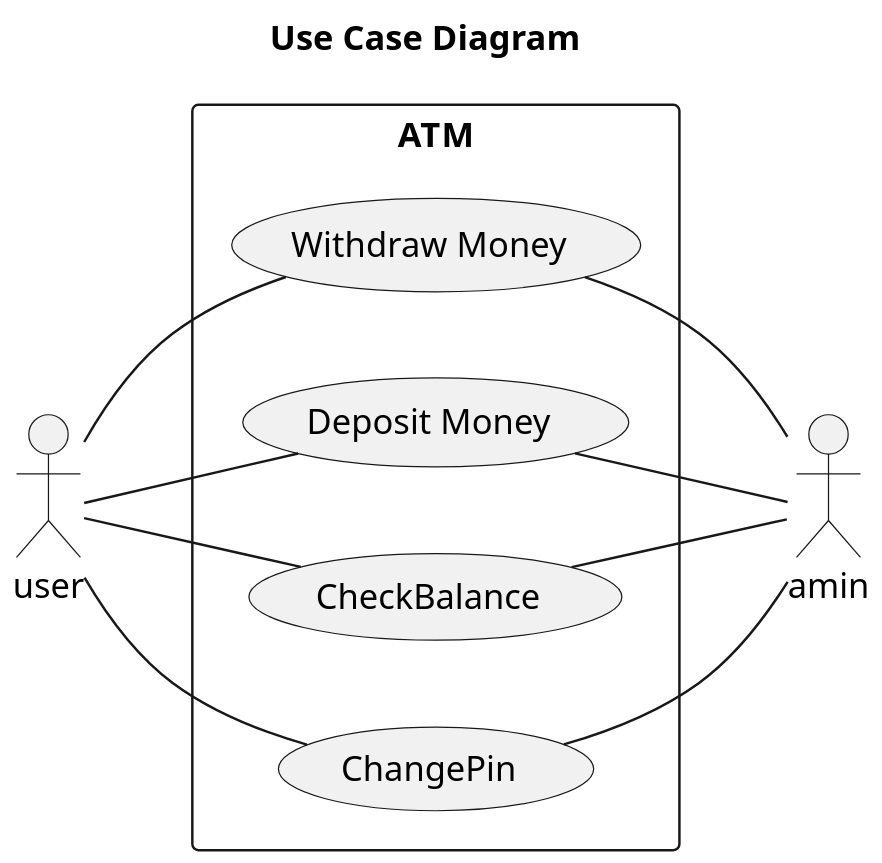
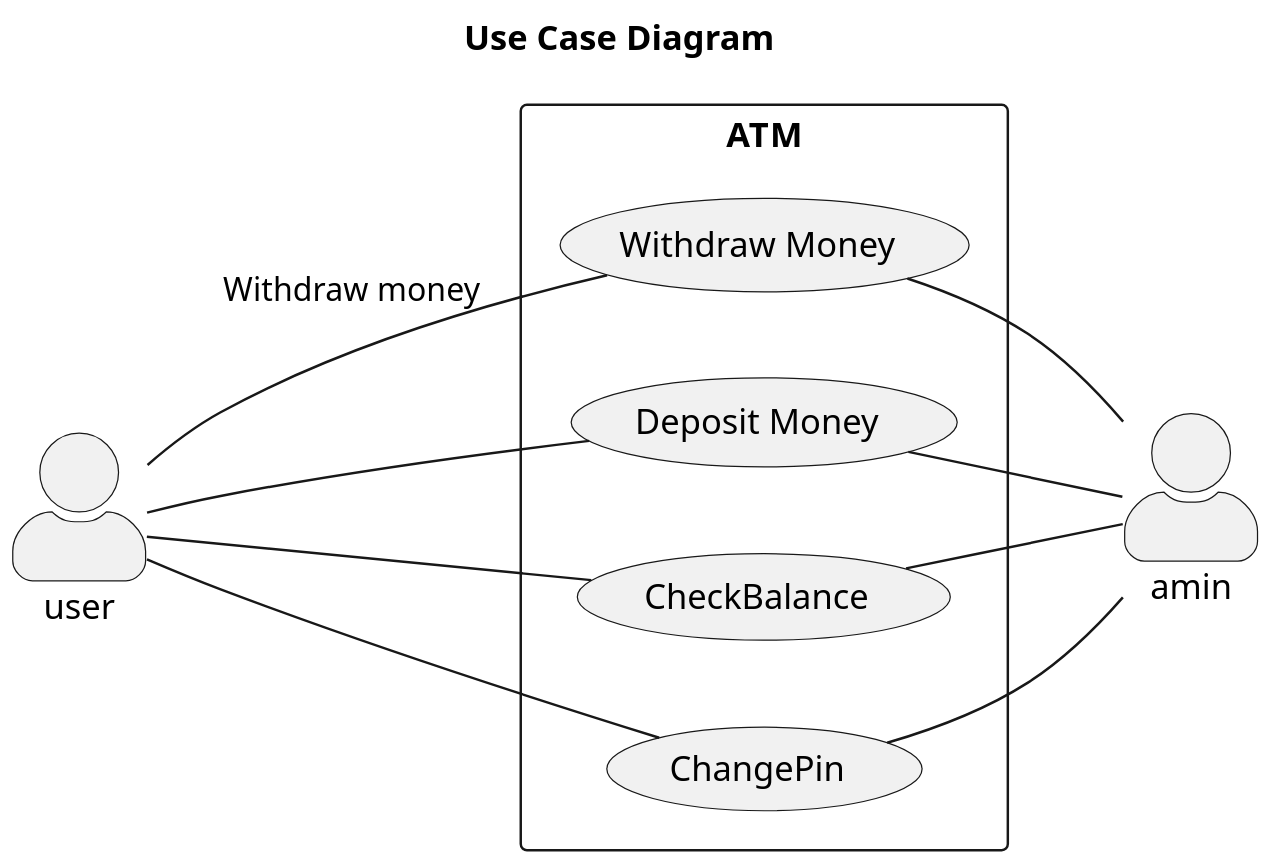
The diagram in useCaseATM.plantuml (JeevanJaison/PlantUML), drawn with PlantUML before and after one commit.

Commit message:
usecase 1

```diff
--- a/useCaseATM.plantuml
+++ b/useCaseATM.plantuml
@@ -1,21 +1,22 @@
 @startuml
 scale 2
 title "Use Case Diagram"
 left to right direction
+skinparam actorStyle awesome
 actor user as u
 actor amin as a
 rectangle ATM{
     usecase "Withdraw Money" as wm
     usecase "Deposit Money" as dm
     usecase "CheckBalance" as cb
     usecase "ChangePin" as cp
 }
-u--wm
+u--wm: "Withdraw money"
 u--dm
 u--cb
 u--cp
 wm--a
 dm--a
 cb--a
 cp--a
 @enduml
```
